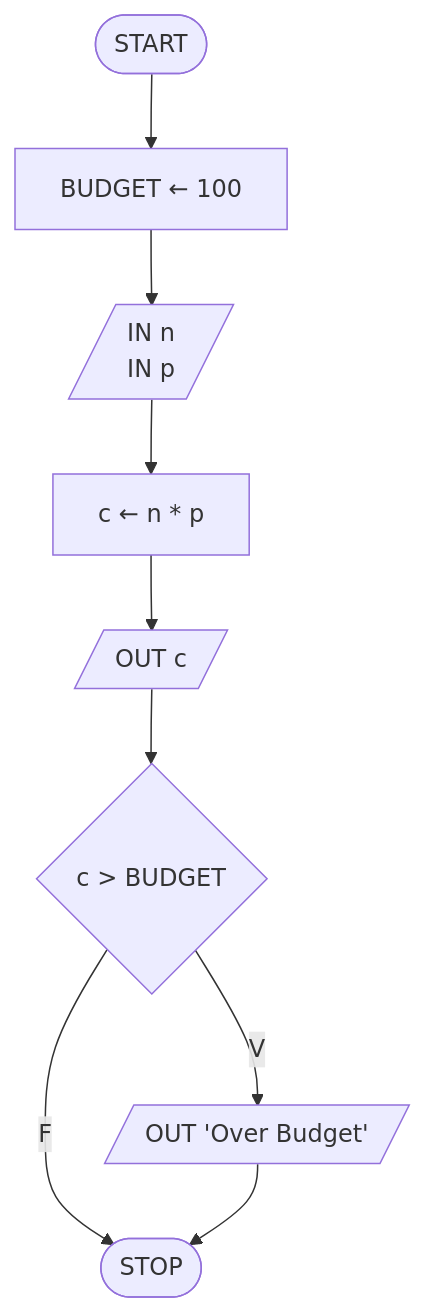
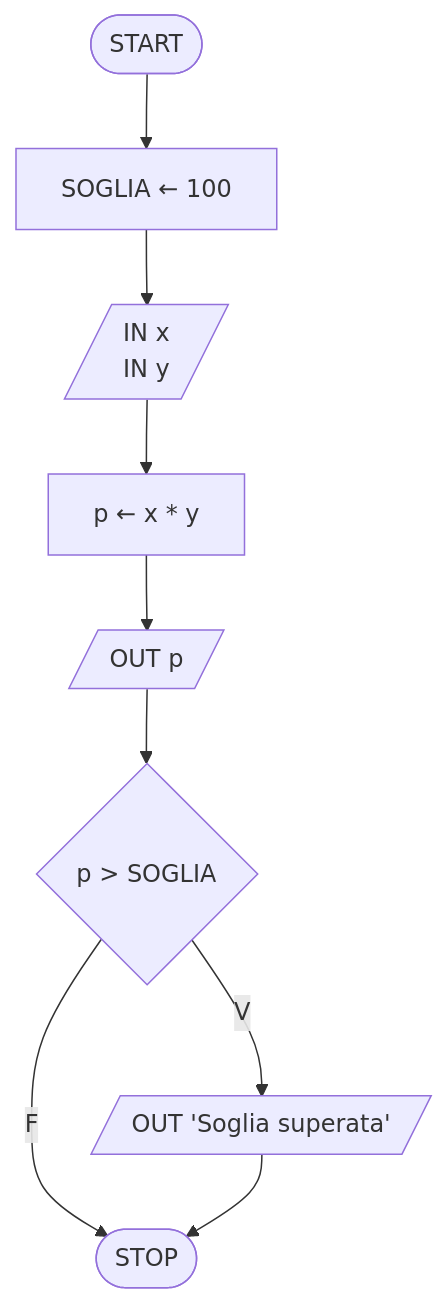
Before and after one commit to pg-laboratorio/flowcharts_laboratorio_esercizi: the fourth of 28 diagrams in flowcharts_soluzioni.md, drawn with Mermaid. The commit also changed other lines of this file, not shown here.

````diff
--- a/flowcharts_soluzioni.md
+++ b/flowcharts_soluzioni.md
@@ -75,11 +75,11 @@
 ```mermaid
 graph TD
-    START([START]) --> INIT["BUDGET ← 100"]
-    INIT --> INPUT[/"IN n<br>IN p"/]
-    INPUT --> PROC["c ← n * p"]
-    PROC --> OC[/"OUT c"/]
-    OC --> COND{"c > BUDGET"}
-    COND -- V --> WARN[/"OUT 'Over Budget'"/]
+    START([START]) --> INIT["SOGLIA ← 100"]
+    INIT --> INPUT[/"IN x<br>IN y"/]
+    INPUT --> PROC["p ← x * y"]
+    PROC --> OP[/"OUT p"/]
+    OP --> COND{"p > SOGLIA"}
+    COND -- V --> WARN[/"OUT 'Soglia superata'"/]
     COND -- F --> STOP([STOP])
     WARN --> STOP
 ```
````
